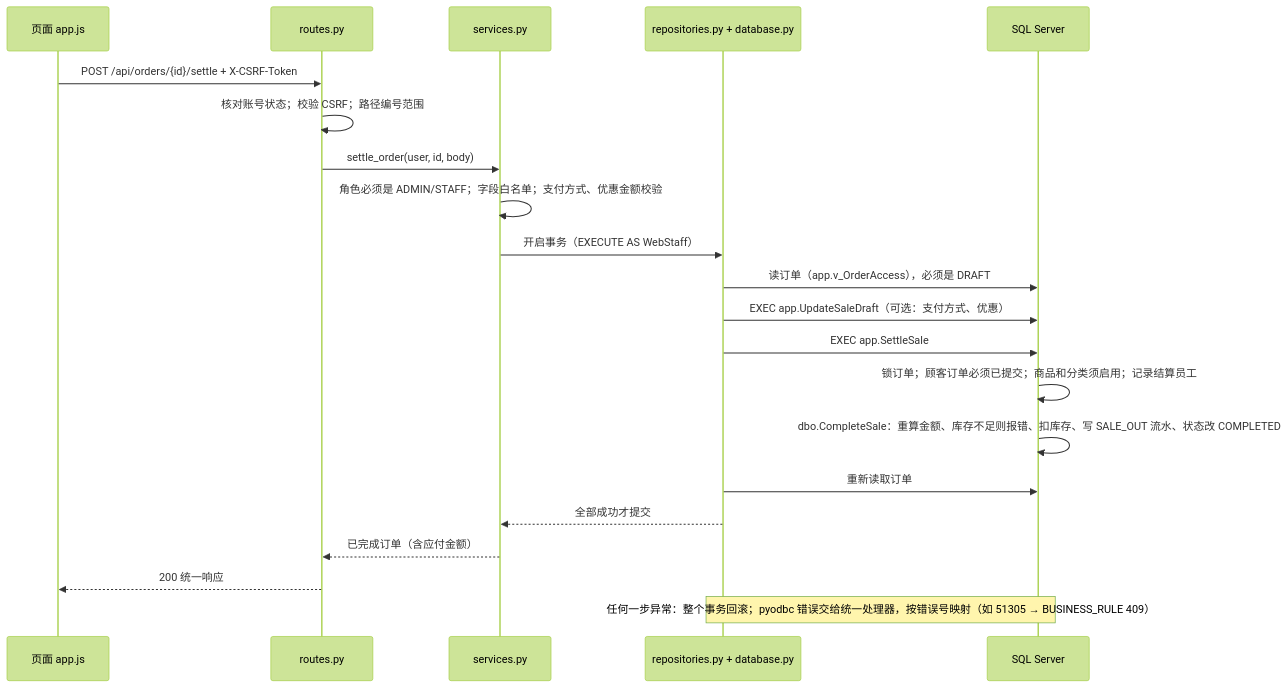
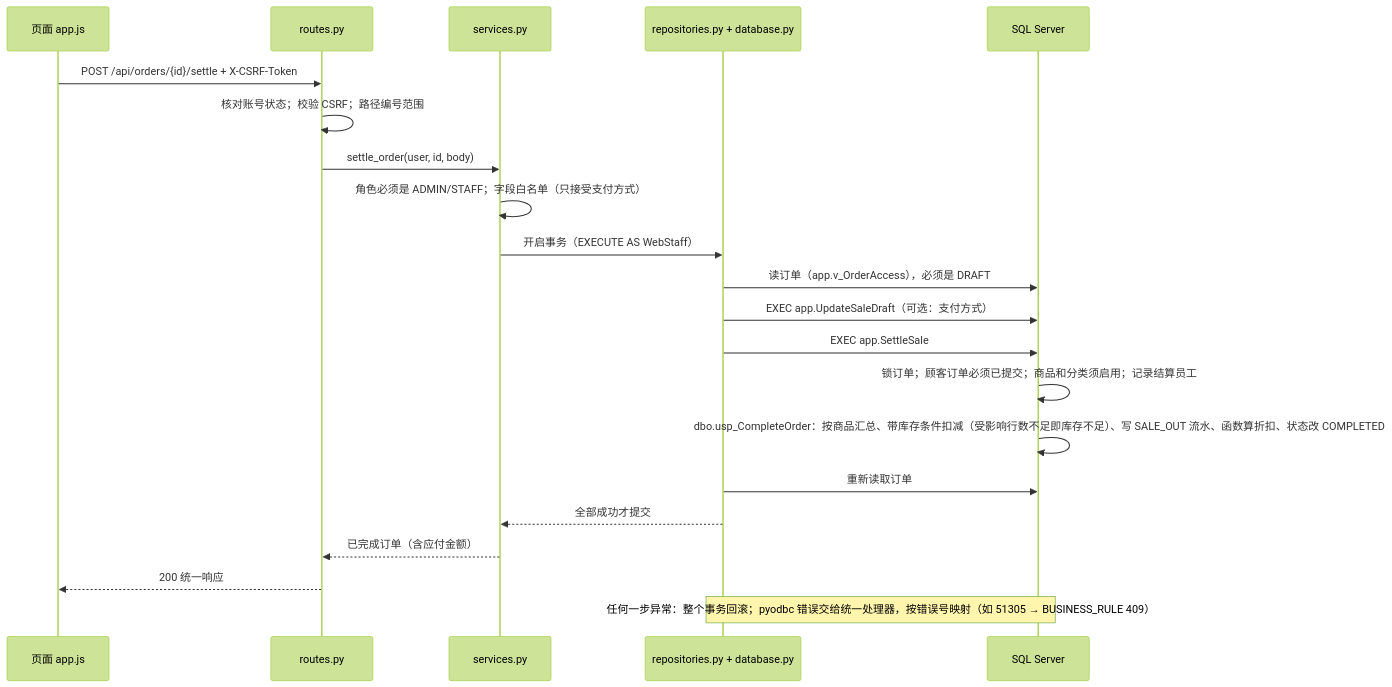
Before and after one commit to yunf161/DataBase-2026-lab: the second of 3 diagrams in README.md, drawn with Mermaid (forest theme). The commit also changed other lines of this file and 59 other files, not shown here.

````diff
--- a/README.md
+++ b/README.md
@@ -237,23 +238,23 @@
 ```mermaid
 sequenceDiagram
     participant P as 页面 app.js
     participant R as routes.py
     participant S as services.py
     participant D as repositories.py + database.py
     participant Q as SQL Server
     P->>R: POST /api/orders/{id}/settle + X-CSRF-Token
     R->>R: 核对账号状态；校验 CSRF；路径编号范围
     R->>S: settle_order(user, id, body)
-    S->>S: 角色必须是 ADMIN/STAFF；字段白名单；支付方式、优惠金额校验
+    S->>S: 角色必须是 ADMIN/STAFF；字段白名单（只接受支付方式）
     S->>D: 开启事务（EXECUTE AS WebStaff）
     D->>Q: 读订单（app.v_OrderAccess），必须是 DRAFT
-    D->>Q: EXEC app.UpdateSaleDraft（可选：支付方式、优惠）
+    D->>Q: EXEC app.UpdateSaleDraft（可选：支付方式）
     D->>Q: EXEC app.SettleSale
     Q->>Q: 锁订单；顾客订单必须已提交；商品和分类须启用；记录结算员工
-    Q->>Q: dbo.CompleteSale：重算金额、库存不足则报错、扣库存、写 SALE_OUT 流水、状态改 COMPLETED
+    Q->>Q: dbo.usp_CompleteOrder：按商品汇总、带库存条件扣减（受影响行数不足即库存不足）、写 SALE_OUT 流水、函数算折扣、状态改 COMPLETED
     D->>Q: 重新读取订单
     D-->>S: 全部成功才提交
     S-->>R: 已完成订单（含应付金额）
     R-->>P: 200 统一响应
     Note over D,Q: 任何一步异常：整个事务回滚；pyodbc 错误交给统一处理器，按错误号映射（如 51305 → BUSINESS_RULE 409）
 ```
````
